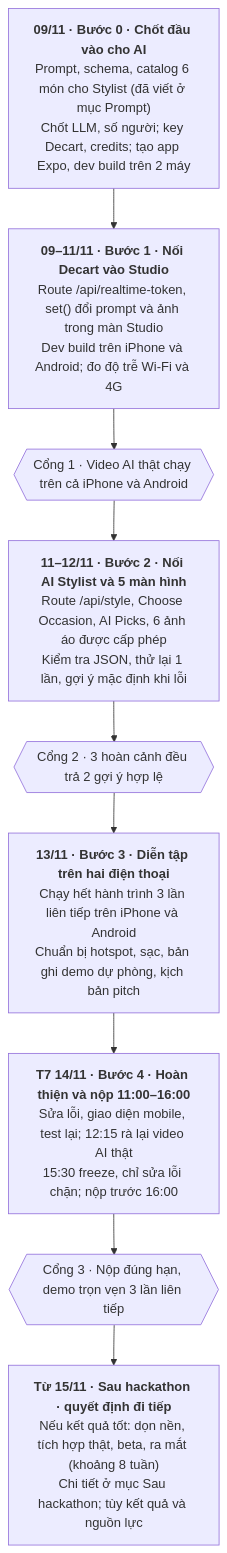
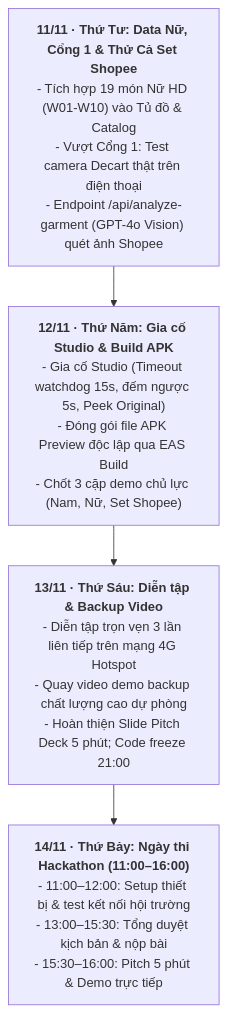
One commit to KaitoKidKao/OutfitPilot changed the first of 2 diagrams in docs/plan.md. Above: the diagram before and after it, drawn with Mermaid. The commit also changed other lines of this file, not shown here.

Commit message:
docs(plan): update master plan with women HD garments, Anywear-level full-set try-on and 3-day countdown

````diff
--- a/docs/plan.md
+++ b/docs/plan.md
@@ -50,13 +43,8 @@
 ```mermaid
 flowchart TD
-    B0["<b>09/11 · Bước 0 · Chốt đầu vào cho AI</b><br/>Prompt, schema, catalog 6 món cho Stylist (đã viết ở mục Prompt)<br/>Chốt LLM, số người; key Decart, credits; tạo app Expo, dev build trên 2 máy"]
-    B1["<b>09–11/11 · Bước 1 · Nối Decart vào Studio</b><br/>Route /api/realtime-token, set() đổi prompt và ảnh trong màn Studio<br/>Dev build trên iPhone và Android; đo độ trễ Wi-Fi và 4G"]
-    G1{{"Cổng 1 · Video AI thật chạy trên cả iPhone và Android"}}
-    B2["<b>11–12/11 · Bước 2 · Nối AI Stylist và 5 màn hình</b><br/>Route /api/style, Choose Occasion, AI Picks, 6 ảnh áo được cấp phép<br/>Kiểm tra JSON, thử lại 1 lần, gợi ý mặc định khi lỗi"]
-    G2{{"Cổng 2 · 3 hoàn cảnh đều trả 2 gợi ý hợp lệ"}}
-    B3["<b>13/11 · Bước 3 · Diễn tập trên hai điện thoại</b><br/>Chạy hết hành trình 3 lần liên tiếp trên iPhone và Android<br/>Chuẩn bị hotspot, sạc, bản ghi demo dự phòng, kịch bản pitch"]
-    B4["<b>T7 14/11 · Bước 4 · Hoàn thiện và nộp 11:00–16:00</b><br/>Sửa lỗi, giao diện mobile, test lại; 12:15 rà lại video AI thật<br/>15:30 freeze, chỉ sửa lỗi chặn; nộp trước 16:00"]
-    G3{{"Cổng 3 · Nộp đúng hạn, demo trọn vẹn 3 lần liên tiếp"}}
-    B5["<b>Từ 15/11 · Sau hackathon · quyết định đi tiếp</b><br/>Nếu kết quả tốt: dọn nền, tích hợp thật, beta, ra mắt (khoảng 8 tuần)<br/>Chi tiết ở mục Sau hackathon; tùy kết quả và nguồn lực"]
-    B0 --> B1 --> G1 --> B2 --> G2 --> B3 --> B4 --> G3 --> B5
+    D1["<b>11/11 · Thứ Tư: Data Nữ, Cổng 1 & Thử Cả Set Shopee</b><br/>- Tích hợp 19 món Nữ HD (W01-W10) vào Tủ đồ & Catalog<br/>- Vượt Cổng 1: Test camera Decart thật trên điện thoại<br/>- Endpoint /api/analyze-garment (GPT-4o Vision) quét ảnh Shopee"]
+    D2["<b>12/11 · Thứ Năm: Gia cố Studio & Build APK</b><br/>- Gia cố Studio (Timeout watchdog 15s, đếm ngược 5s, Peek Original)<br/>- Đóng gói file APK Preview độc lập qua EAS Build<br/>- Chốt 3 cặp demo chủ lực (Nam, Nữ, Set Shopee)"]
+    D3["<b>13/11 · Thứ Sáu: Diễn tập & Backup Video</b><br/>- Diễn tập trọn vẹn 3 lần liên tiếp trên mạng 4G Hotspot<br/>- Quay video demo backup chất lượng cao dự phòng<br/>- Hoàn thiện Slide Pitch Deck 5 phút; Code freeze 21:00"]
+    D4["<b>14/11 · Thứ Bảy: Ngày thi Hackathon (11:00–16:00)</b><br/>- 11:00–12:00: Setup thiết bị & test kết nối hội trường<br/>- 13:00–15:30: Tổng duyệt kịch bản & nộp bài<br/>- 15:30–16:00: Pitch 5 phút & Demo trực tiếp"]
+    D1 --> D2 --> D3 --> D4
 ```
````
